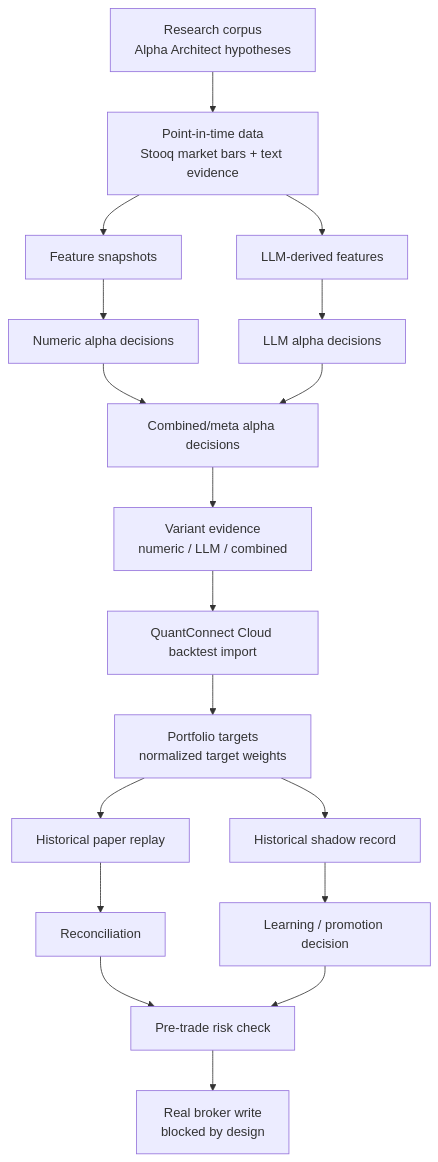
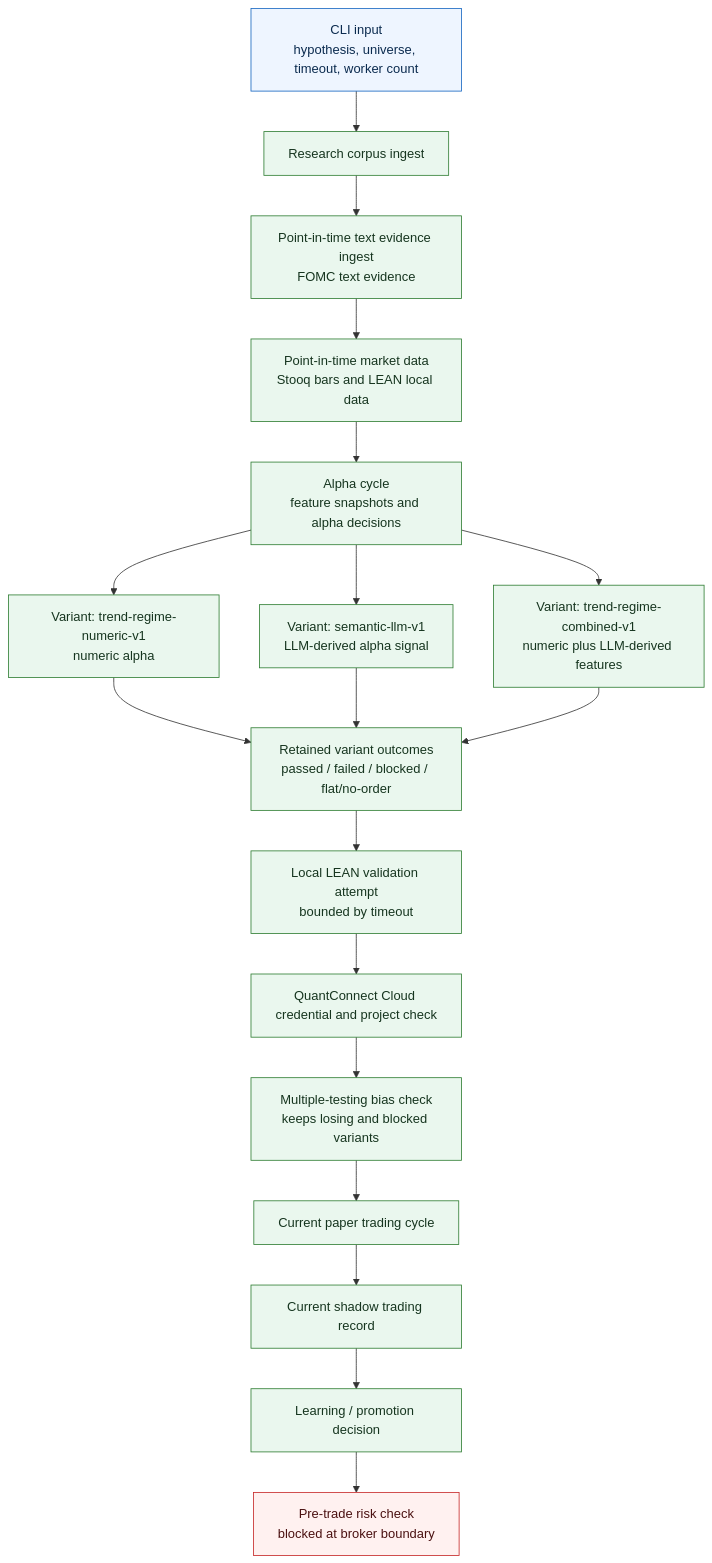
The second of 6 diagrams in result.md (gigio1023/lincei-quant-research-engine), drawn with Mermaid before and after one commit. The commit also changed other lines of this file and 17 other files, not shown here.

First line of the commit message:
Add bounded capital evidence triage

````diff
--- a/result.md
+++ b/result.md
@@ -17,20 +92,30 @@
 ```mermaid
 flowchart TD
-    A["Research corpus<br/>Alpha Architect hypotheses"] --> B["Point-in-time data<br/>Stooq market bars + text evidence"]
-    B --> C["Feature snapshots"]
-    C --> D["Numeric alpha decisions"]
-    B --> E["LLM-derived features"]
-    E --> F["LLM alpha decisions"]
-    D --> G["Combined/meta alpha decisions"]
-    F --> G
-    G --> H["Variant evidence<br/>numeric / LLM / combined"]
-    H --> I["QuantConnect Cloud backtest import"]
-    I --> J["Portfolio targets<br/>normalized target weights"]
-    J --> K["Historical paper replay"]
-    J --> L["Historical shadow record"]
-    K --> M["Reconciliation"]
-    L --> N["Learning / promotion decision"]
-    M --> O["Pre-trade risk check"]
-    N --> O
-    O --> P["Real broker write<br/>blocked by design"]
+    START["CLI input<br/>hypothesis, universe, timeout, worker count"] --> CORPUS["Research corpus ingest"]
+    CORPUS --> TEXT["Point-in-time text evidence ingest<br/>FOMC text evidence"]
+    TEXT --> DATA["Point-in-time market data<br/>Stooq bars and LEAN local data"]
+    DATA --> ALPHA["Alpha cycle<br/>feature snapshots and alpha decisions"]
+
+    ALPHA --> NUM["Variant: trend-regime-numeric-v1<br/>numeric alpha"]
+    ALPHA --> LLM["Variant: semantic-llm-v1<br/>LLM-derived alpha signal"]
+    ALPHA --> COMBO["Variant: trend-regime-combined-v1<br/>numeric plus LLM-derived features"]
+
+    NUM --> VARIANTS["Retained variant outcomes<br/>passed / failed / blocked / flat/no-order"]
+    LLM --> VARIANTS
+    COMBO --> VARIANTS
+
+    VARIANTS --> LEAN["Local LEAN validation attempt<br/>bounded by timeout"]
+    LEAN --> QC["QuantConnect Cloud credential and project check"]
+    QC --> BIAS["Multiple-testing bias check<br/>keeps losing and blocked variants"]
+    BIAS --> PAPER["Current paper trading cycle"]
+    PAPER --> SHADOW["Current shadow trading record"]
+    SHADOW --> LEARNING["Learning / promotion decision"]
+    LEARNING --> PREFLIGHT["Pre-trade risk check<br/>blocked at broker boundary"]
+
+    classDef input fill:#eef5ff,stroke:#1565c0,color:#0b2b4f
+    classDef pass fill:#eaf7ee,stroke:#2e7d32,color:#16351f
+    classDef block fill:#fff1f0,stroke:#c62828,color:#4b1111
+    class START input
+    class CORPUS,TEXT,DATA,ALPHA,NUM,LLM,COMBO,VARIANTS,LEAN,QC,BIAS,PAPER,SHADOW,LEARNING pass
+    class PREFLIGHT block
 ```
````
